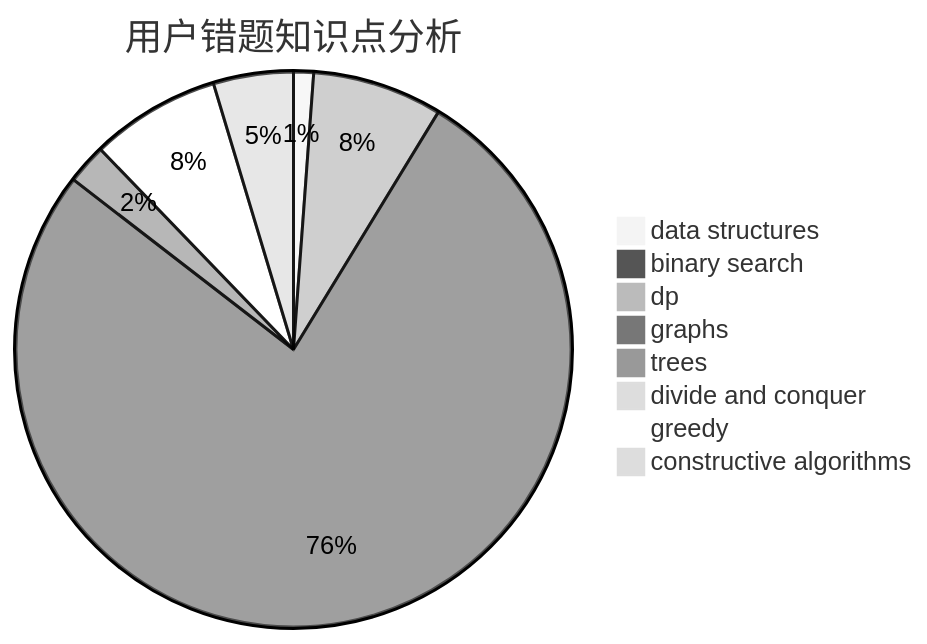
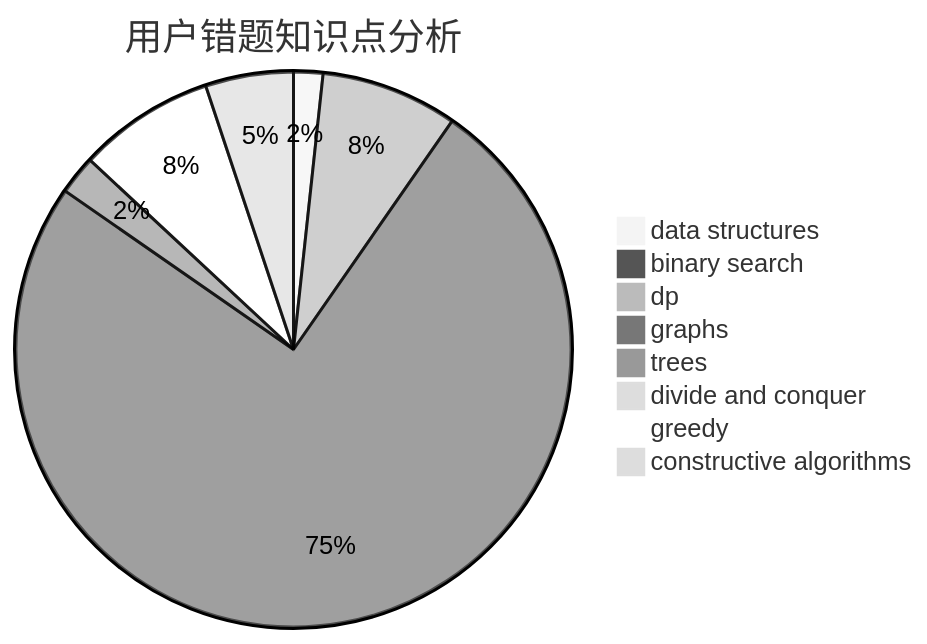
Before and after one commit to sherpahu/cfrs.github.io: the third of 3 diagrams in docs/user/u136.md, drawn with Mermaid (neutral theme). The commit also changed other lines of this file and 2770 other files, not shown here.

````diff
--- a/docs/user/u136.md
+++ b/docs/user/u136.md
@@ -36,11 +36,11 @@
 ```mermaid
 pie title 用户错题知识点分析
-    "data structures" :  2
+    "data structures" :  3
     "binary search" :  1
-    "dp" :  13
+    "dp" :  14
     "graphs" :  132
     "trees" :  4
     "divide and conquer" :  0
-    "greedy" :  13
-    "constructive algorithms" :  8
+    "greedy" :  14
+    "constructive algorithms" :  9
 ```
````
